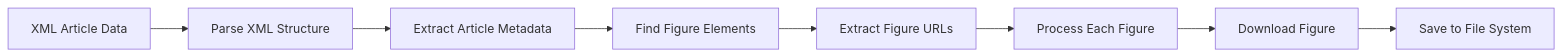
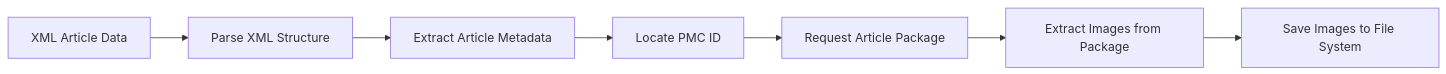
Before and after one commit to AlexJSully/Publication-Figure-Retrieval: the fifth of 10 diagrams in docs/architecture/index.md, drawn with Mermaid. The commit also changed other lines of this file and 26 other files, not shown here.

Commit message:
Fixed unable to download images (#233)

````diff
--- a/docs/architecture/index.md
+++ b/docs/architecture/index.md
@@ -148,10 +148,9 @@
 ```mermaid
 graph LR
-    A[XML Article Data] --> B[Parse XML Structure]
-    B --> C[Extract Article Metadata]
-    C --> D[Find Figure Elements]
-    D --> E[Extract Figure URLs]
-    E --> F[Process Each Figure]
-    F --> G[Download Figure]
-    G --> H[Save to File System]
+        A[XML Article Data] --> B[Parse XML Structure]
+        B --> C[Extract Article Metadata]
+        C --> D[Locate PMC ID]
+        D --> E[Request Article Package]
+        E --> F[Extract Images from Package]
+        F --> G[Save Images to File System]
 ```
````
